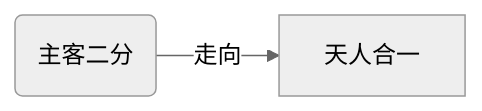
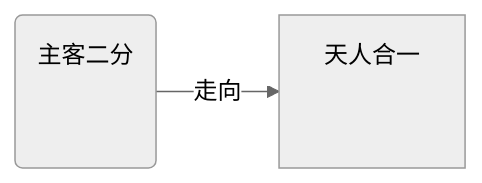
One commit to erowz/erowz.github.io changed the diagram in _posts/xxbj/2020-11-10-mxbj.md. Above: the diagram before and after it, drawn with Mermaid (neutral theme).

Commit message:
是

````diff
--- a/_posts/xxbj/2020-11-10-mxbj.md
+++ b/_posts/xxbj/2020-11-10-mxbj.md
@@ -55,5 +55,5 @@
 ```mermaid
 graph LR
-A(主客二分)
-A -->|走向| B[天人合一]
+A(主客二分<br><br><br>)
+A -->|走向| B[天人合一<br><br><br>]
 ```  
````
